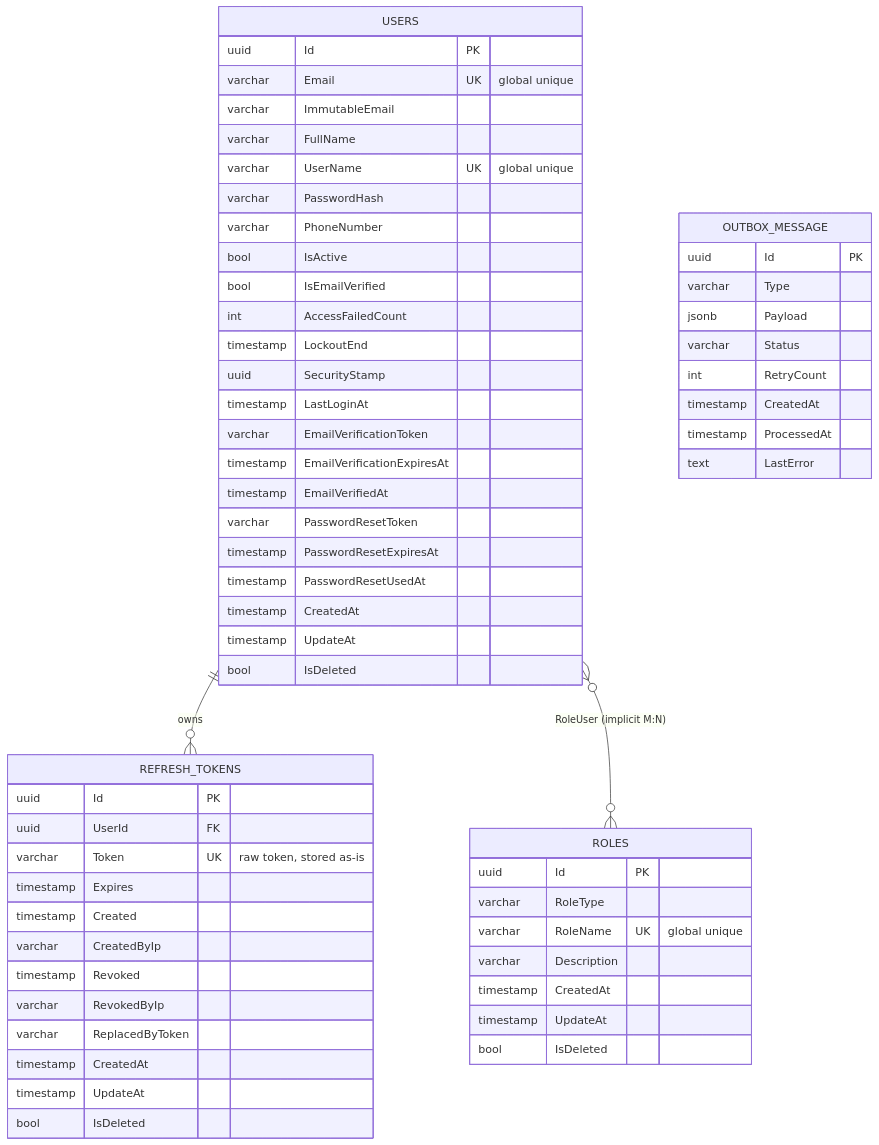
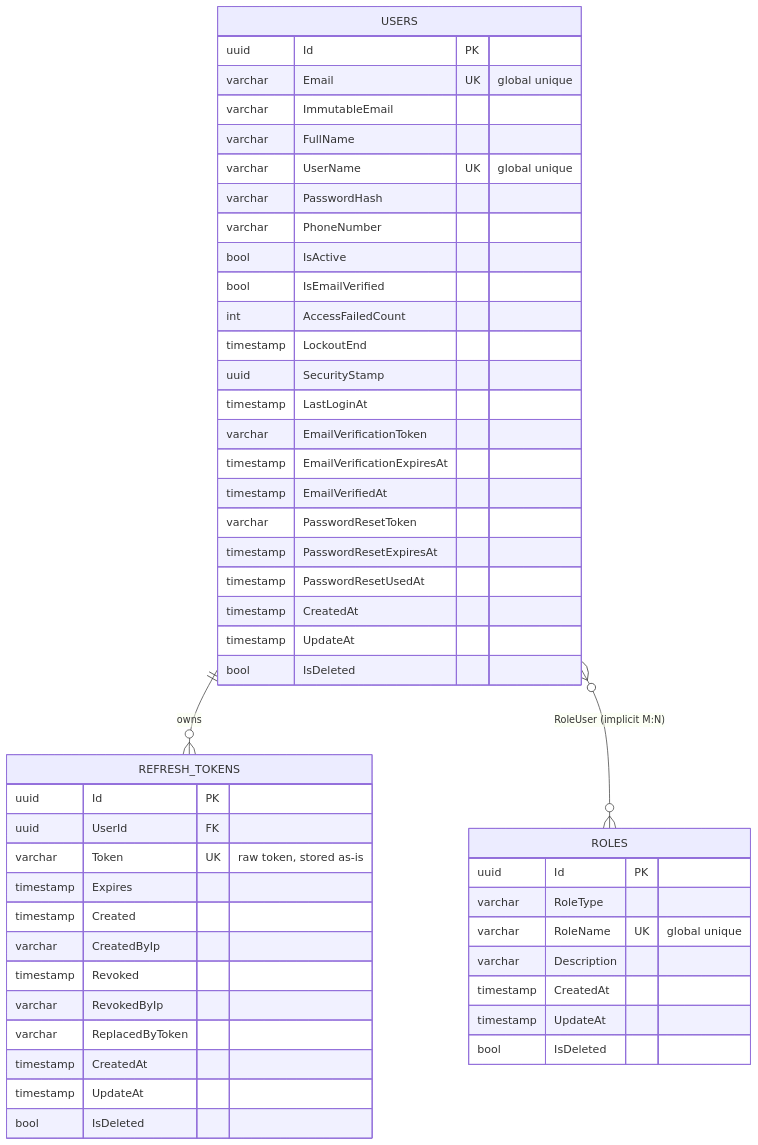
The second of 5 diagrams in 01-DATABASE-MODEL.md (haddinz/S1), drawn with Mermaid before and after one commit. The commit also changed other lines of this file, not shown here.

````diff
--- a/01-DATABASE-MODEL.md
+++ b/01-DATABASE-MODEL.md
@@ -39,66 +39,55 @@
 ```mermaid
 erDiagram
     USERS ||--o{ REFRESH_TOKENS : "owns"
     USERS }o--o{ ROLES : "RoleUser (implicit M:N)"
 
     USERS {
         uuid Id PK
         varchar Email UK "global unique"
         varchar ImmutableEmail
         varchar FullName
         varchar UserName UK "global unique"
         varchar PasswordHash
         varchar PhoneNumber
         bool IsActive
         bool IsEmailVerified
         int AccessFailedCount
         timestamp LockoutEnd
         uuid SecurityStamp
         timestamp LastLoginAt
         varchar EmailVerificationToken
         timestamp EmailVerificationExpiresAt
         timestamp EmailVerifiedAt
         varchar PasswordResetToken
         timestamp PasswordResetExpiresAt
         timestamp PasswordResetUsedAt
         timestamp CreatedAt
         timestamp UpdateAt
         bool IsDeleted
     }
 
     ROLES {
         uuid Id PK
         varchar RoleType
         varchar RoleName UK "global unique"
         varchar Description
         timestamp CreatedAt
         timestamp UpdateAt
         bool IsDeleted
     }
 
     REFRESH_TOKENS {
         uuid Id PK
         uuid UserId FK
         varchar Token UK "raw token, stored as-is"
         timestamp Expires
         timestamp Created
         varchar CreatedByIp
         timestamp Revoked
         varchar RevokedByIp
         varchar ReplacedByToken
         timestamp CreatedAt
         timestamp UpdateAt
         bool IsDeleted
     }
-
-    OUTBOX_MESSAGE {
-        uuid Id PK
-        varchar Type
-        jsonb Payload
-        varchar Status
-        int RetryCount
-        timestamp CreatedAt
-        timestamp ProcessedAt
-        text LastError
-    }
 ```
````
